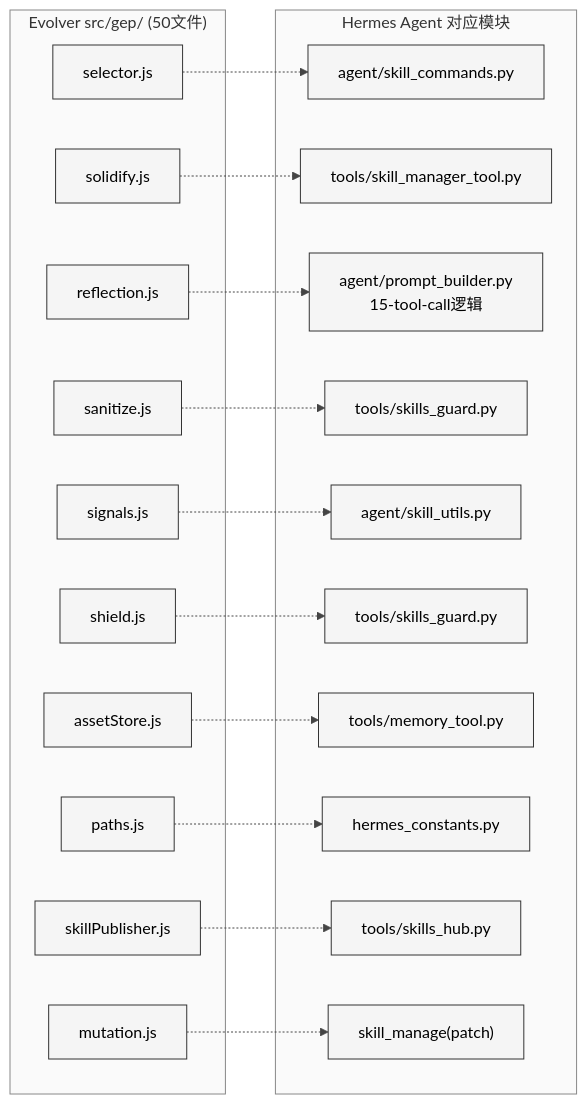
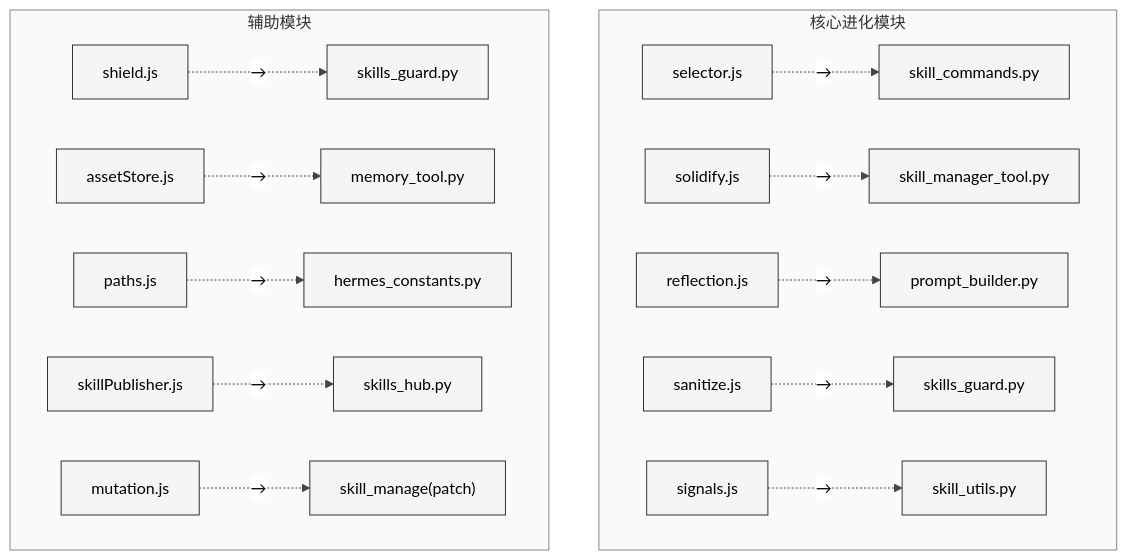
The second of 4 diagrams in Part III 同源项目对比分析/27-EvoMap-Evolver对比.md (xiaonancs/hermes-agent-study), drawn with Mermaid before and after one commit. The commit also changed other lines of this file and 32 other files, not shown here.

First line of the commit message:
Mermaid 图表修复：白色背景板 + 长宽比优化

````diff
--- a/Part III 同源项目对比分析/27-EvoMap-Evolver对比.md
+++ b/Part III 同源项目对比分析/27-EvoMap-Evolver对比.md
@@ -95,40 +91,21 @@
 ```mermaid
 %%{init: {'theme': 'neutral', 'themeVariables': {'background': '#ffffff', 'primaryColor': '#f5f5f5', 'primaryTextColor': '#000000', 'primaryBorderColor': '#333333', 'lineColor': '#444444', 'textColor': '#000000', 'mainBkg': '#f5f5f5', 'nodeBorder': '#333333', 'clusterBkg': '#fafafa', 'clusterBorder': '#888888', 'edgeLabelBackground': '#ffffff'}}}%%
-graph LR
-    subgraph Evolver_Modules["Evolver src/gep/ (50文件)"]
-        EM1["selector.js"]
-        EM2["solidify.js"]
-        EM3["reflection.js"]
-        EM4["sanitize.js"]
-        EM5["signals.js"]
-        EM6["shield.js"]
-        EM7["assetStore.js"]
-        EM8["paths.js"]
-        EM9["skillPublisher.js"]
-        EM10["mutation.js"]
+graph TD
+    subgraph group1 ["核心进化模块"]
+        direction LR
+        EM1["selector.js"] -.->|"→"| HM1["skill_commands.py"]
+        EM2["solidify.js"] -.->|"→"| HM2["skill_manager_tool.py"]
+        EM3["reflection.js"] -.->|"→"| HM3["prompt_builder.py"]
+        EM4["sanitize.js"] -.->|"→"| HM4["skills_guard.py"]
+        EM5["signals.js"] -.->|"→"| HM5["skill_utils.py"]
     end
     
-    subgraph Hermes_Modules["Hermes Agent 对应模块"]
-        HM1["agent/skill_commands.py"]
-        HM2["tools/skill_manager_tool.py"]
-        HM3["agent/prompt_builder.py<br/>15-tool-call逻辑"]
-        HM4["tools/skills_guard.py"]
-        HM5["agent/skill_utils.py"]
-        HM6["tools/skills_guard.py"]
-        HM7["tools/memory_tool.py"]
-        HM8["hermes_constants.py"]
-        HM9["tools/skills_hub.py"]
-        HM10["skill_manage(patch)"]
+    subgraph group2 ["辅助模块"]
+        direction LR
+        EM6["shield.js"] -.->|"→"| HM6["skills_guard.py"]
+        EM7["assetStore.js"] -.->|"→"| HM7["memory_tool.py"]
+        EM8["paths.js"] -.->|"→"| HM8["hermes_constants.py"]
+        EM9["skillPublisher.js"] -.->|"→"| HM9["skills_hub.py"]
+        EM10["mutation.js"] -.->|"→"| HM10["skill_manage(patch)"]
     end
-    
-    EM1 -.-> HM1
-    EM2 -.-> HM2
-    EM3 -.-> HM3
-    EM4 -.-> HM4
-    EM5 -.-> HM5
-    EM6 -.-> HM6
-    EM7 -.-> HM7
-    EM8 -.-> HM8
-    EM9 -.-> HM9
-    EM10 -.-> HM10
 ```
````
